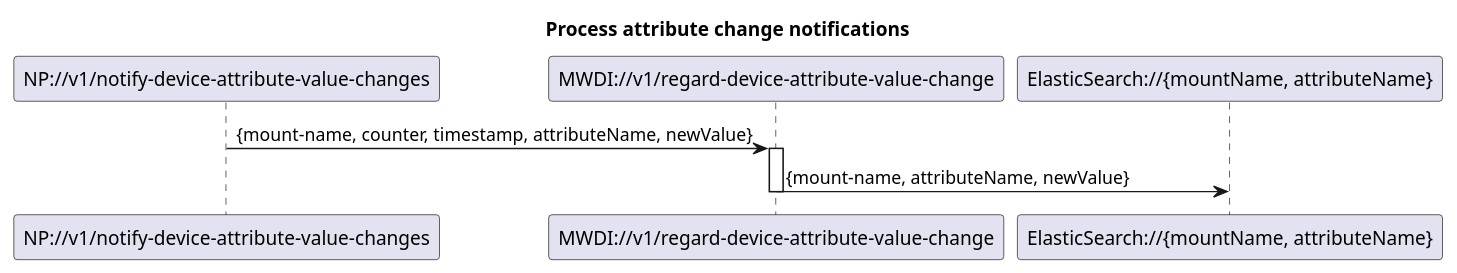
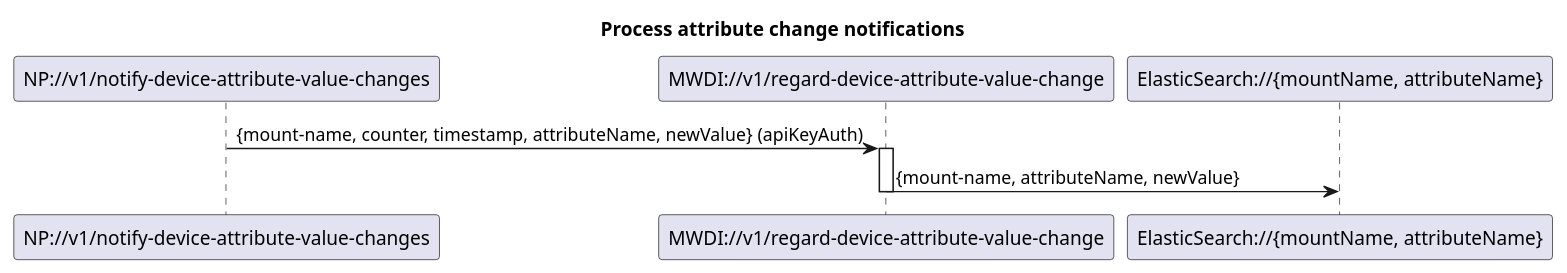
One commit to openBackhaul/MicroWaveDeviceInventory changed the diagram in spec/diagrams/023_NotificationBasedAttributeUpdate.plantuml. Above: the diagram before and after it, drawn with PlantUML. The commit also changed 9 other files, not shown here.

Commit message:
Update ServiceList based on diagrams

```diff
--- a/spec/diagrams/023_NotificationBasedAttributeUpdate.plantuml
+++ b/spec/diagrams/023_NotificationBasedAttributeUpdate.plantuml
@@ -1,16 +1,16 @@
 @startuml 023_NotificationBasedAttributeUpdate
 skinparam responseMessageBelowArrow true
 
 title Process attribute change notifications
 
 participant "NP://v1/notify-device-attribute-value-changes" as subscription
 participant "MWDI://v1/regard-device-attribute-value-change" as regardAttributeChange
 participant "ElasticSearch://{mountName, attributeName}" as es
 
-subscription -> regardAttributeChange: {mount-name, counter, timestamp, attributeName, newValue}
+subscription -> regardAttributeChange: {mount-name, counter, timestamp, attributeName, newValue} (apiKeyAuth)
 activate regardAttributeChange
 
 regardAttributeChange -> es: {mount-name, attributeName, newValue}
 deactivate regardAttributeChange
 
 @enduml
```
